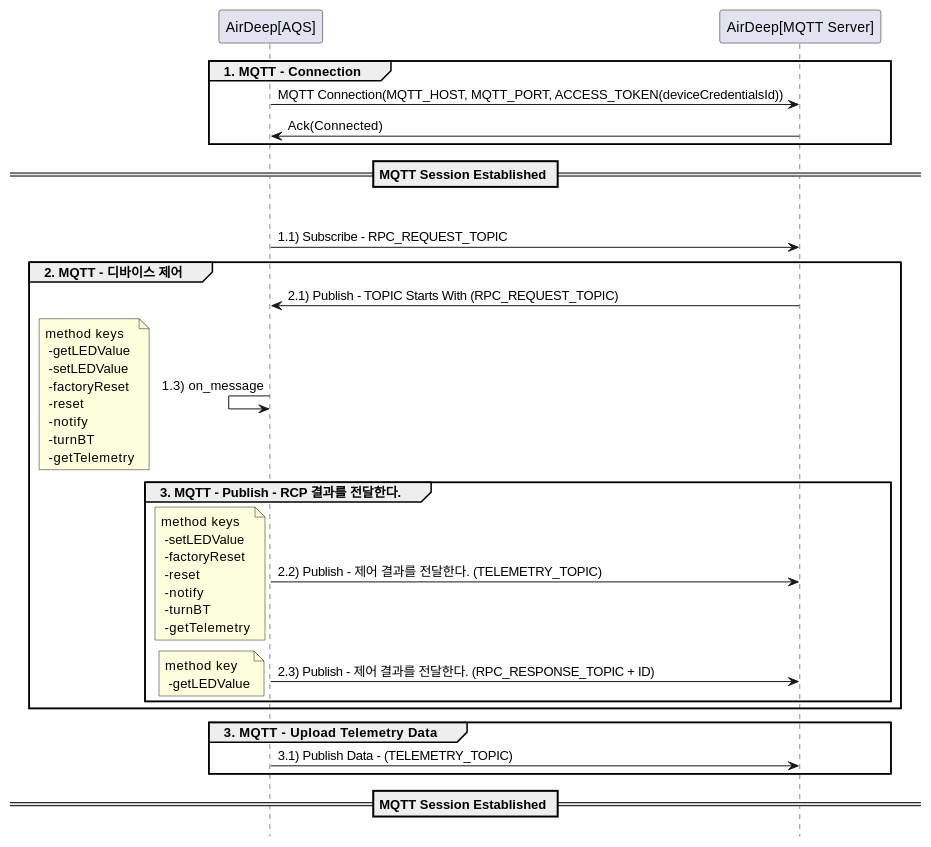
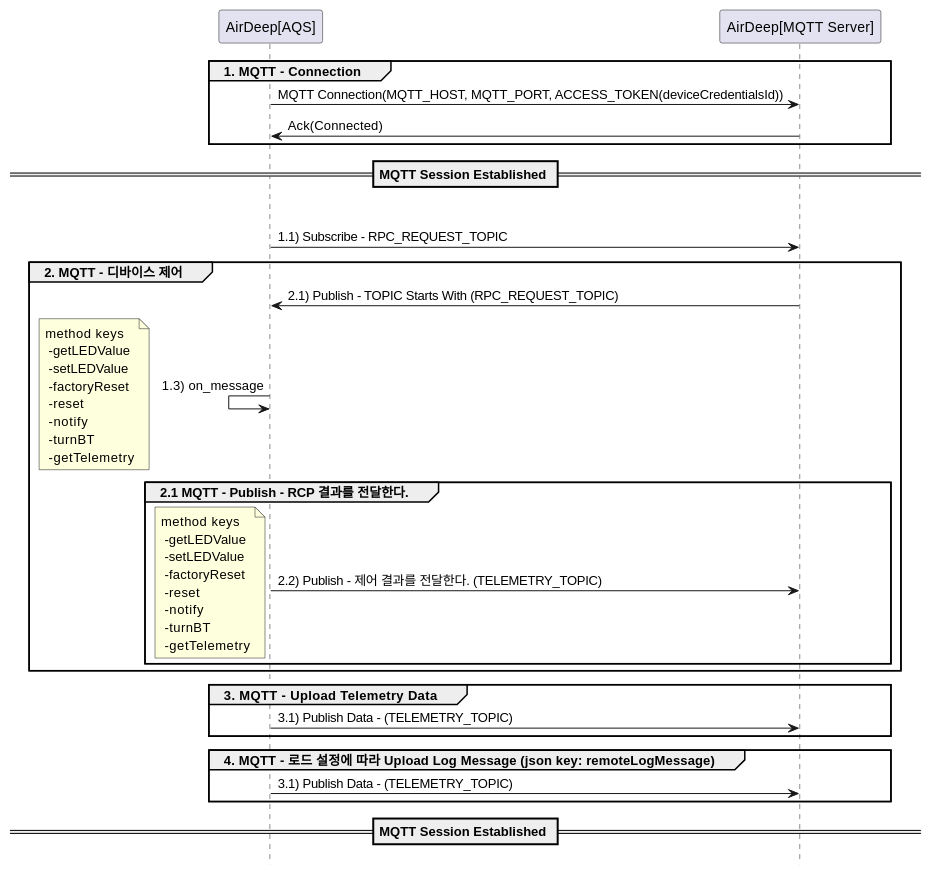
Before and after one commit to RTdataLab/DE-ADeep-API-Guide: the diagram in docs/MQTT-API-2.RpcCommand.md, drawn with PlantUML. The commit also changed other lines of this file and 7 other files, not shown here.

Commit message:
[update v0.3.5]  - 응답 TOPIC 통일화 TELEMETRY_TOPIC  - 응답 Json Key 변경  - Shard Attribute - remoteLogLevel 추가  - UploadTelemetryLogData.md 추가

````diff
--- a/docs/MQTT-API-2.RpcCommand.md
+++ b/docs/MQTT-API-2.RpcCommand.md
@@ -65,37 +62,39 @@
    ```plantuml
    @startuml
      participant "AirDeep[AQS]" order 1
      participant "AirDeep[MQTT Server]" order 2
      hide footbox
 
      group 1. MQTT - Connection
       "AirDeep[AQS]" -> "AirDeep[MQTT Server]" : MQTT Connection(MQTT_HOST, MQTT_PORT, ACCESS_TOKEN(deviceCredentialsId))
       "AirDeep[AQS]" <- "AirDeep[MQTT Server]"  : Ack(Connected)
      end
 
      == MQTT Session Established ==
      group 2. MQTT - Subscribe - RPC Topic
      "AirDeep[AQS]" -> "AirDeep[MQTT Server]" : 1.1) Subscribe  - RPC_REQUEST_TOPIC
 
-
      group 2. MQTT - 디바이스 제어
      "AirDeep[AQS]" <- "AirDeep[MQTT Server]" : 2.1) Publish - TOPIC Starts With (RPC_REQUEST_TOPIC)
      "AirDeep[AQS]" <- "AirDeep[AQS]" : 1.3) on_message
      note left: method keys\n -getLEDValue\n -setLEDValue\n -factoryReset\n -reset\n -notify\n -turnBT\n -getTelemetry
 
-        group 3. MQTT - Publish - RCP 결과를 전달한다.
+        group 2.1 MQTT - Publish - RCP 결과를 전달한다.
         "AirDeep[AQS]" -> "AirDeep[MQTT Server]" : 2.2) Publish - 제어 결과를 전달한다. (TELEMETRY_TOPIC)
-        note left: method keys\n -setLEDValue\n -factoryReset\n -reset\n -notify\n -turnBT\n -getTelemetry
+        note left: method keys\n -getLEDValue\n -setLEDValue\n -factoryReset\n -reset\n -notify\n -turnBT\n -getTelemetry
         
-        "AirDeep[AQS]" -> "AirDeep[MQTT Server]" : 2.3) Publish - 제어 결과를 전달한다. (RPC_RESPONSE_TOPIC + ID)
-        note left: method key\n -getLEDValue
         end
      end
 
      group 3. MQTT - Upload Telemetry Data
        "AirDeep[AQS]" -> "AirDeep[MQTT Server]" : 3.1) Publish Data - (TELEMETRY_TOPIC) 
      end
+
+     group 4. MQTT - 로드 설정에 따라 Upload Log Message (json key: remoteLogMessage)
+       "AirDeep[AQS]" -> "AirDeep[MQTT Server]" : 3.1) Publish Data - (TELEMETRY_TOPIC) 
+     end
+     
      
      == MQTT Session Established ==
    @enduml
    ```
````
